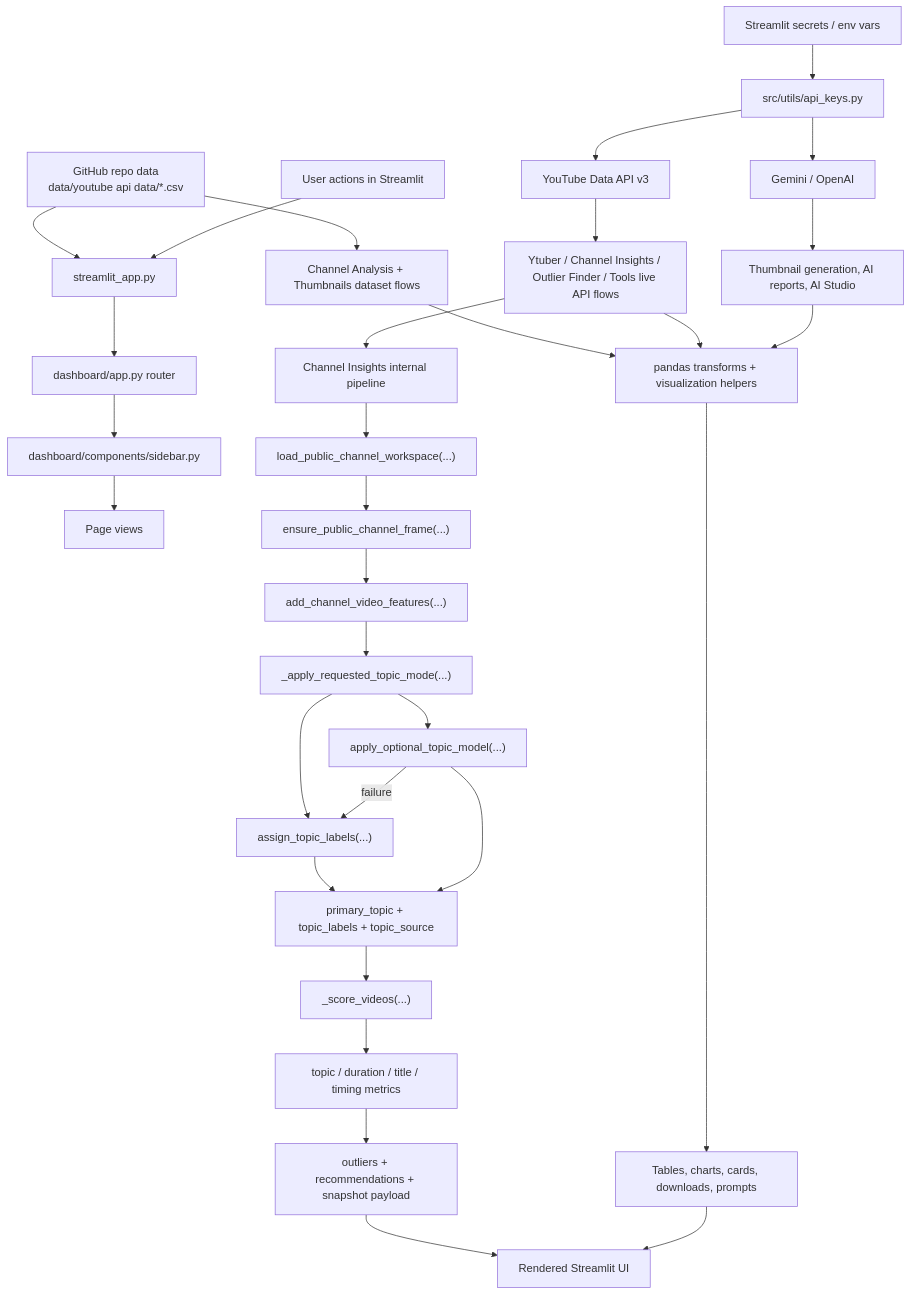
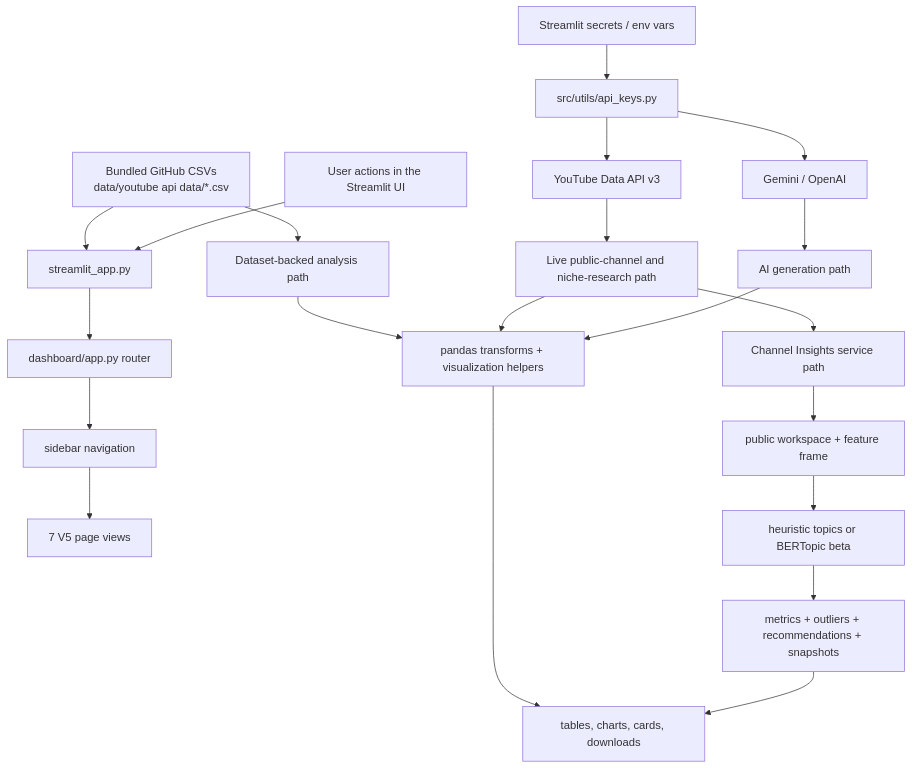
Before and after one commit to AsherJ07/purdue-youtube-ip-new: the second of 3 diagrams in README.md, drawn with Mermaid. The commit also changed other lines of this file and 3 other files, not shown here.

````diff
--- a/README.md
+++ b/README.md
@@ -39,38 +116,28 @@
 ```mermaid
 flowchart TD
-    A["GitHub repo data<br/>data/youtube api data/*.csv"] --> B["streamlit_app.py"]
-    U["User actions in Streamlit"] --> B
+    A["Bundled GitHub CSVs<br/>data/youtube api data/*.csv"] --> B["streamlit_app.py"]
+    U["User actions in the Streamlit UI"] --> B
     B --> C["dashboard/app.py router"]
-    C --> D["dashboard/components/sidebar.py"]
-    D --> E["Page views"]
+    C --> D["sidebar navigation"]
+    D --> E["7 V5 page views"]
 
     S["Streamlit secrets / env vars"] --> F["src/utils/api_keys.py"]
     F --> G["YouTube Data API v3"]
     F --> H["Gemini / OpenAI"]
 
-    A --> J["Channel Analysis + Thumbnails dataset flows"]
-    G --> K["Ytuber / Channel Insights / Outlier Finder / Tools live API flows"]
-    H --> L["Thumbnail generation, AI reports, AI Studio"]
+    A --> I["Dataset-backed analysis path"]
+    G --> J["Live public-channel and niche-research path"]
+    H --> K["AI generation path"]
 
-    J --> M["pandas transforms + visualization helpers"]
-    K --> M
-    L --> M
+    I --> L["pandas transforms + visualization helpers"]
+    J --> L
+    K --> L
 
-    K --> N["Channel Insights internal pipeline"]
-    N --> N1["load_public_channel_workspace(...)"]
-    N1 --> N2["ensure_public_channel_frame(...)"]
-    N2 --> N3["add_channel_video_features(...)"]
-    N3 --> N4["_apply_requested_topic_mode(...)"]
-    N4 --> N5["assign_topic_labels(...)"]
-    N4 --> N6["apply_optional_topic_model(...)"]
-    N6 -->|failure| N5
-    N5 --> N7["primary_topic + topic_labels + topic_source"]
-    N6 --> N7
-    N7 --> N8["_score_videos(...)"]
-    N8 --> N9["topic / duration / title / timing metrics"]
-    N9 --> N10["outliers + recommendations + snapshot payload"]
-    N10 --> Q["Rendered Streamlit UI"]
+    J --> M["Channel Insights service path"]
+    M --> M1["public workspace + feature frame"]
+    M1 --> M2["heuristic topics or BERTopic beta"]
+    M2 --> M3["metrics + outliers + recommendations + snapshots"]
 
-    M --> P["Tables, charts, cards, downloads, prompts"]
-    P --> Q
+    L --> N["tables, charts, cards, downloads"]
+    M3 --> N
 ```
````
